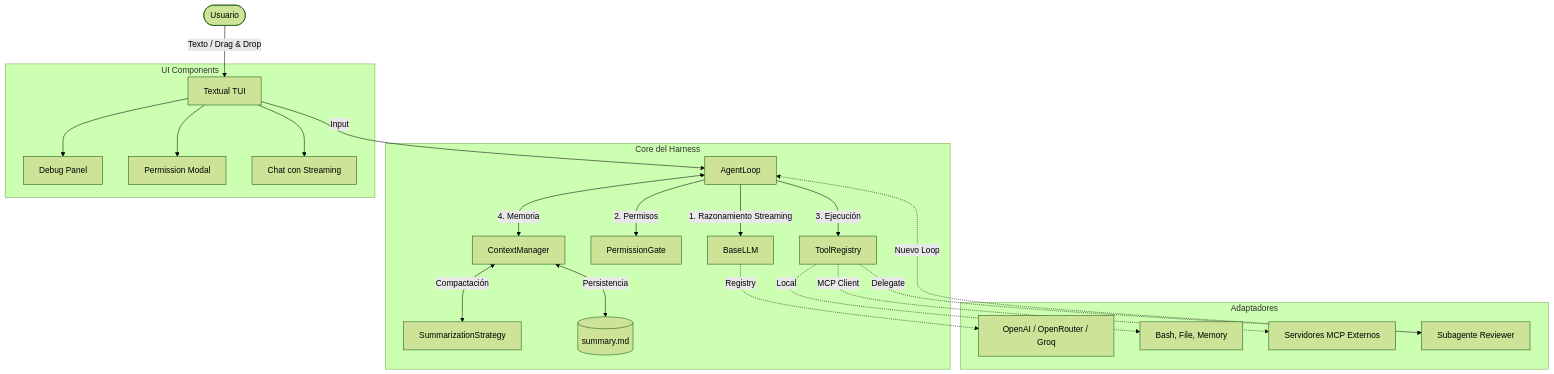
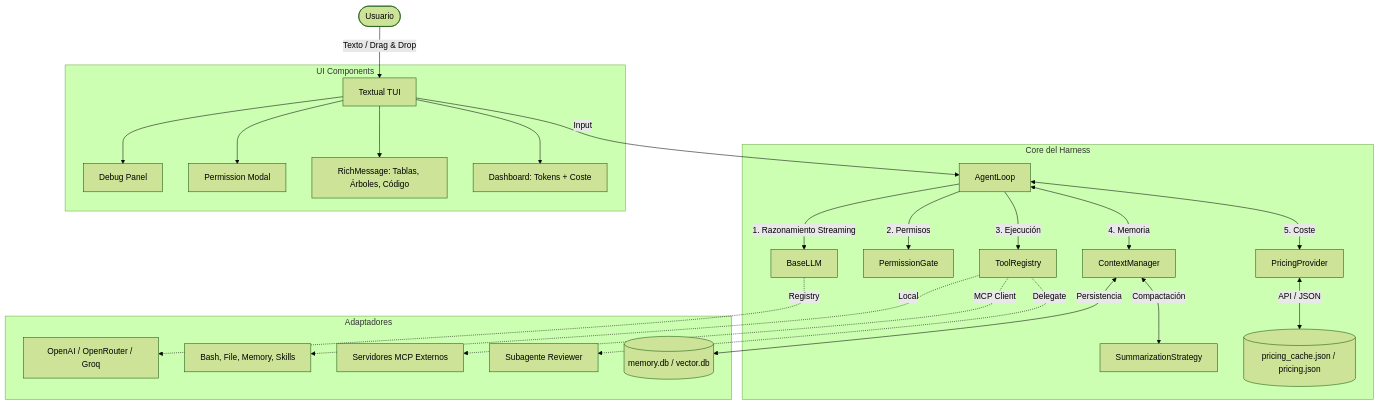
One commit to enriquehernandez/agent-harness changed the first of 2 diagrams in PRODUCT_BLUEPRINT/01_DESIGN_SYSTEM/01_arquitectura.md. Above: the diagram before and after it, drawn with Mermaid (forest theme). The commit also changed 24 other files, not shown here.

Commit message:
actualizada documentación con pricing, rich rendering, vector memory y mcp resilience

````diff
--- a/PRODUCT_BLUEPRINT/01_DESIGN_SYSTEM/01_arquitectura.md
+++ b/PRODUCT_BLUEPRINT/01_DESIGN_SYSTEM/01_arquitectura.md
@@ -7,28 +7,30 @@
 ```mermaid
 graph TD
     User([Usuario]) -->|Texto / Drag & Drop| TUI[Textual TUI]
     TUI -->|Input| Loop[AgentLoop]
     
     subgraph Core ["Core del Harness"]
         Loop -->|1. Razonamiento Streaming| LLM[BaseLLM]
         Loop -->|2. Permisos| Gate[PermissionGate]
         Loop -->|3. Ejecución| Tools[ToolRegistry]
         Loop <-->|4. Memoria| Context[ContextManager]
+        Loop <-->|5. Coste| Pricing[PricingProvider]
         Context <-->|Compactación| Compactor[SummarizationStrategy]
-        Context <-->|Persistencia| MemoryFile[(summary.md)]
+        Pricing <-->|API / JSON| Prices[(pricing_cache.json / pricing.json)]
     end
     
     subgraph Adaptadores
         LLM -.->|Registry| Providers[OpenAI / OpenRouter / Groq]
-        Tools -.->|Local| LocalTools[Bash, File, Memory]
+        Tools -.->|Local| LocalTools[Bash, File, Memory, Skills]
         Tools -.->|MCP Client| MCP[Servidores MCP Externos]
         Tools -.->|Delegate| Subagent[Subagente Reviewer]
-        Subagent -.->|Nuevo Loop| Loop
+        Context <-->|Persistencia| Memory[(memory.db / vector.db)]
     end
     
     subgraph UI ["UI Components"]
         TUI --> DebugPanel[Debug Panel]
         TUI --> PermissionModal[Permission Modal]
-        TUI --> Chat[Chat con Streaming]
+        TUI --> RichMessage[RichMessage: Tablas, Árboles, Código]
+        TUI --> Dashboard[Dashboard: Tokens + Coste]
     end
 ```
````
